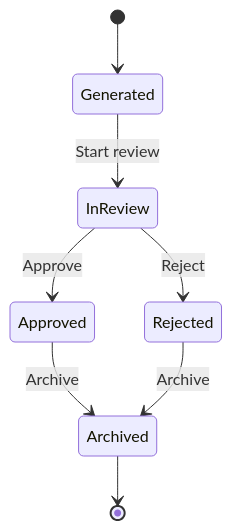
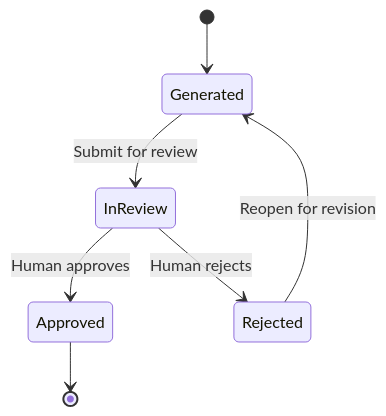
The diagram in docs/architecture/state-machines/memory.md (kaitoika1209/AIOS-Repository-v1.0), drawn with Mermaid before and after one commit. The commit also changed other lines of this file, not shown here.

````diff
--- a/docs/architecture/state-machines/memory.md
+++ b/docs/architecture/state-machines/memory.md
@@ -19,14 +47,9 @@
 ```mermaid
 stateDiagram-v2
     [*] --> Generated
-
-    Generated --> InReview : Start review
-
-    InReview --> Approved : Approve
-    InReview --> Rejected : Reject
-
-    Approved --> Archived : Archive
-    Rejected --> Archived : Archive
-
-    Archived --> [*]
+    Generated --> InReview : Submit for review
+    InReview --> Approved : Human approves
+    InReview --> Rejected : Human rejects
+    Rejected --> Generated : Reopen for revision
+    Approved --> [*]
 ```
````
